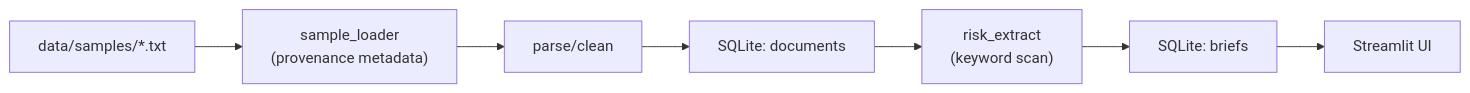
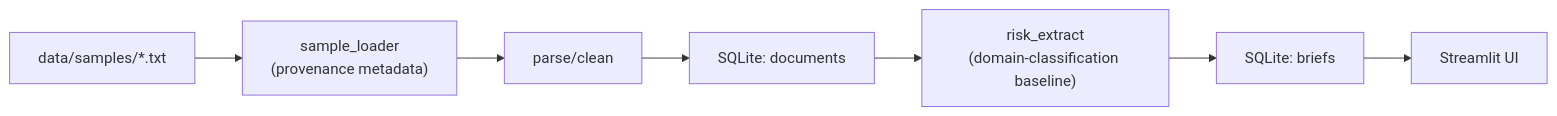
One commit to NikolayAir/seco-tender-inspection-brief changed the diagram in README.md. Above: the diagram before and after it, drawn with Mermaid. The commit also changed other lines of this file and 6 other files, not shown here.

````diff
--- a/README.md
+++ b/README.md
@@ -53,9 +53,9 @@
 ```mermaid
 flowchart LR
     sampleFile["data/samples/*.txt"] --> loader["sample_loader<br/>(provenance metadata)"]
     loader --> cleaner["parse/clean"]
     cleaner --> db_doc["SQLite: documents"]
-    db_doc --> extractor["risk_extract<br/>(keyword scan)"]
+    db_doc --> extractor["risk_extract<br/>(domain-classification baseline)"]
     extractor --> db_brief["SQLite: briefs"]
     db_brief --> ui["Streamlit UI"]
 ```
````
